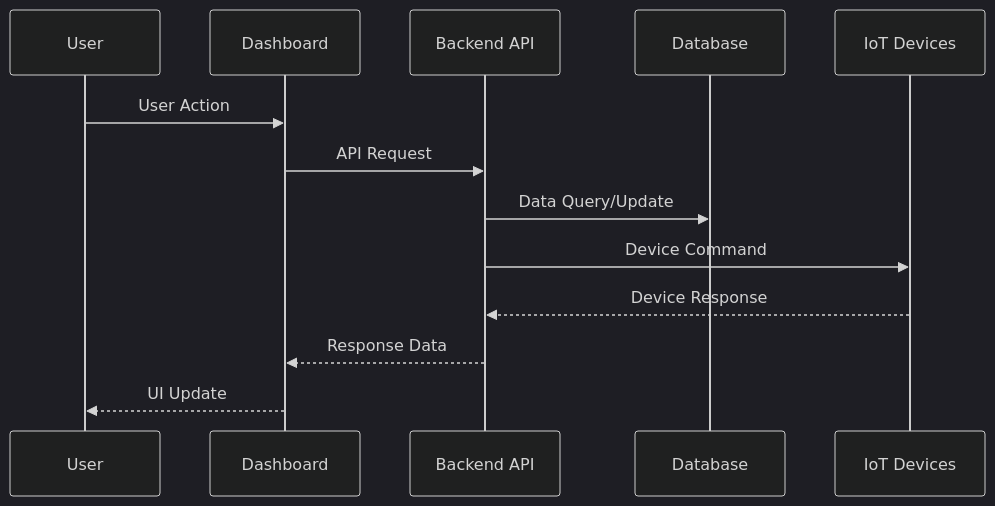
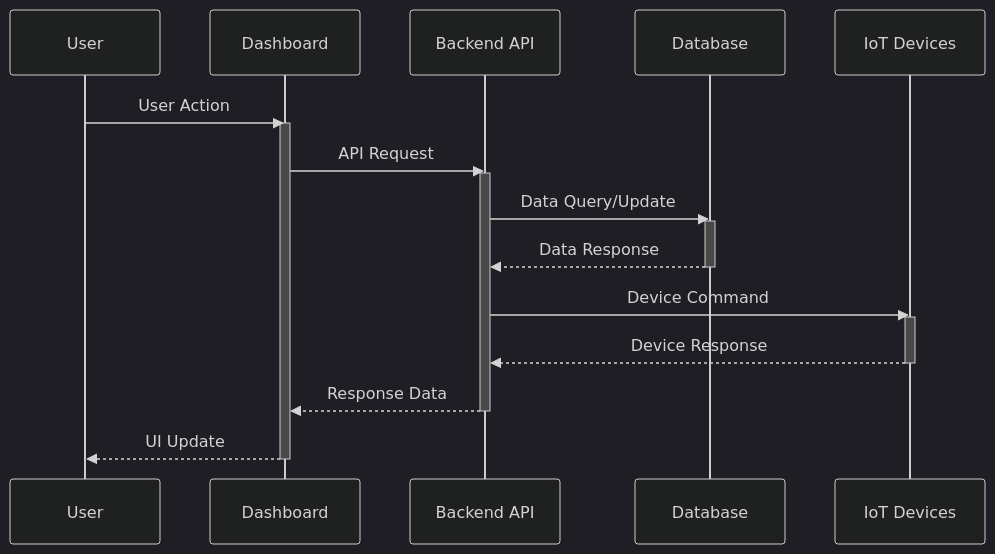
The second of 2 diagrams in SHUNCOM RULR Knowledge Base/01-Overview/01-System Overview.md (LinhDangDev/knowledge_base), drawn with Mermaid (dark theme) before and after one commit. The commit also changed other lines of this file and 43 other files, not shown here.

````diff
--- a/SHUNCOM RULR Knowledge Base/01-Overview/01-System Overview.md
+++ b/SHUNCOM RULR Knowledge Base/01-Overview/01-System Overview.md
@@ -69,16 +93,25 @@
 ```mermaid
 sequenceDiagram
     participant U as User
     participant D as Dashboard
     participant API as Backend API
     participant DB as Database
     participant IOT as IoT Devices
-    
+
     U->>D: User Action
+    activate D
     D->>API: API Request
+    activate API
     API->>DB: Data Query/Update
+    activate DB
+    DB-->>API: Data Response
+    deactivate DB
     API->>IOT: Device Command
+    activate IOT
     IOT-->>API: Device Response
+    deactivate IOT
     API-->>D: Response Data
+    deactivate API
     D-->>U: UI Update
+    deactivate D
 ```
````
